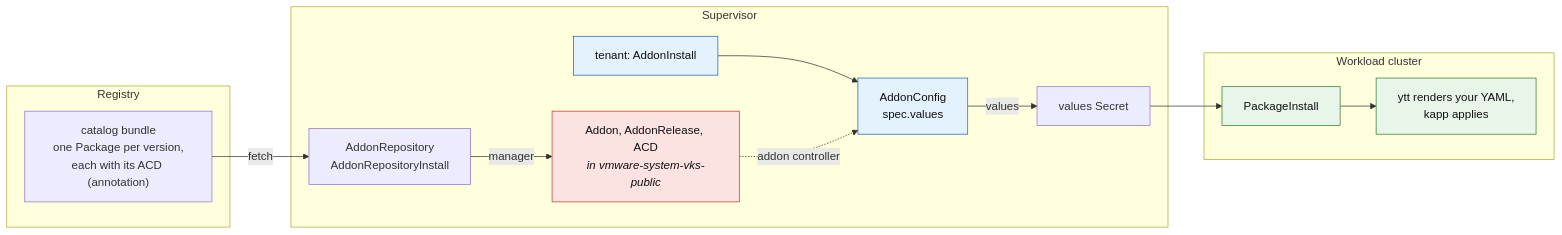
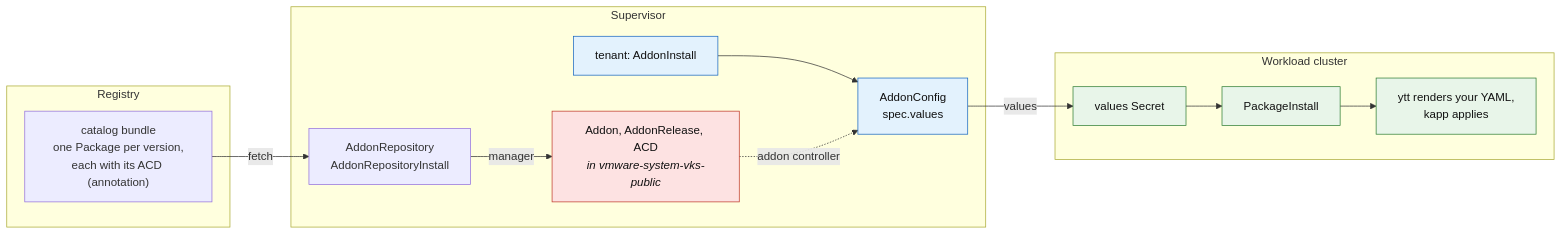
The diagram in README.md (warroyo/dayzero-addon-service), drawn with Mermaid before and after one commit. The commit also changed other lines of this file and 9 other files, not shown here.

````diff
--- a/README.md
+++ b/README.md
@@ -20,34 +20,34 @@
 ```mermaid
 flowchart LR
   subgraph registry["Registry"]
     BUNDLE["catalog bundle<br/>one Package per version,<br/>each with its ACD (annotation)"]
   end
 
   subgraph supervisor["Supervisor"]
     REPO["AddonRepository<br/>AddonRepositoryInstall"]
     MAT["Addon, AddonRelease, ACD<br/><i>in vmware-system-vks-public</i>"]
     AINST["tenant: AddonInstall"]
     ACFG["AddonConfig<br/>spec.values"]
-    SECRET["values Secret"]
   end
 
   subgraph guest["Workload cluster"]
+    SECRET["values Secret"]
     PI["PackageInstall"]
     RENDER["ytt renders your YAML,<br/>kapp applies"]
   end
 
   BUNDLE -->|fetch| REPO
   REPO -->|manager| MAT
   AINST --> ACFG
   MAT -.->|addon controller| ACFG
   ACFG -->|values| SECRET
   SECRET --> PI
   PI --> RENDER
 
   classDef locked fill:#fde2e2,stroke:#c0392b,color:#111
   classDef tenantc fill:#e3f2fd,stroke:#1565c0,color:#111
   classDef guestc fill:#e8f5e9,stroke:#2e7d32,color:#111
   class MAT locked
   class AINST,ACFG tenantc
-  class PI,RENDER guestc
+  class SECRET,PI,RENDER guestc
 ```
````
